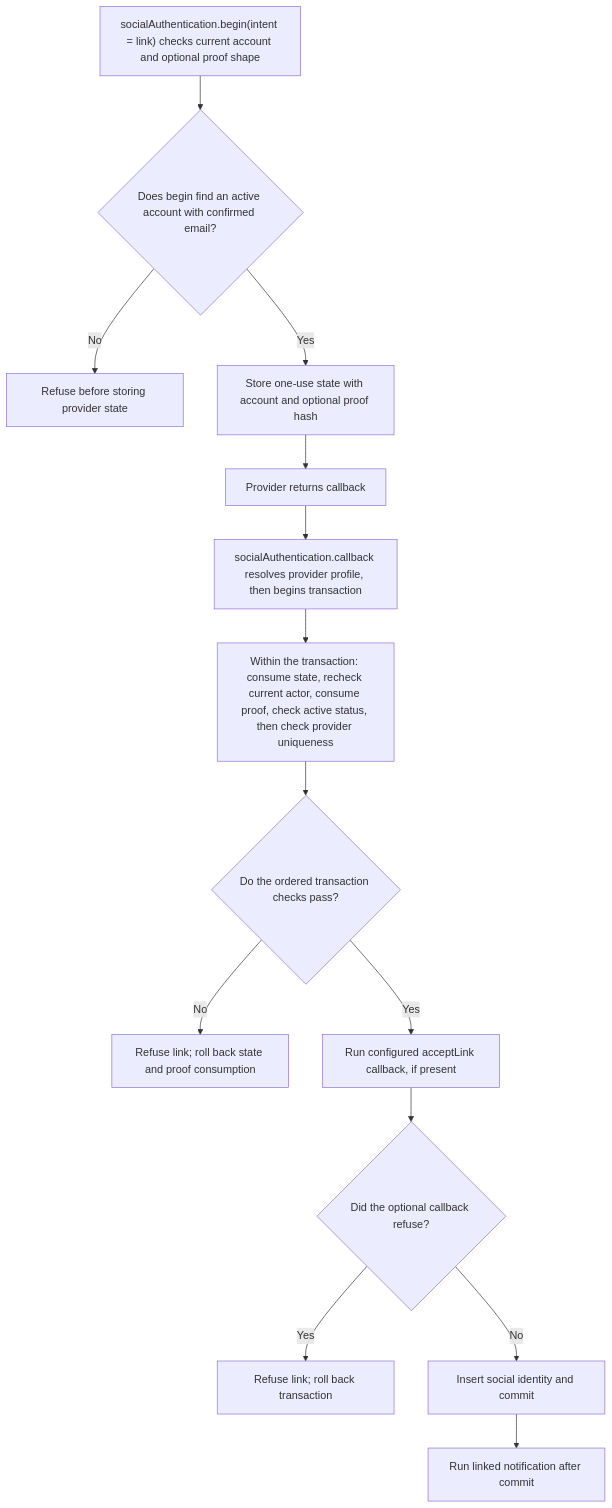
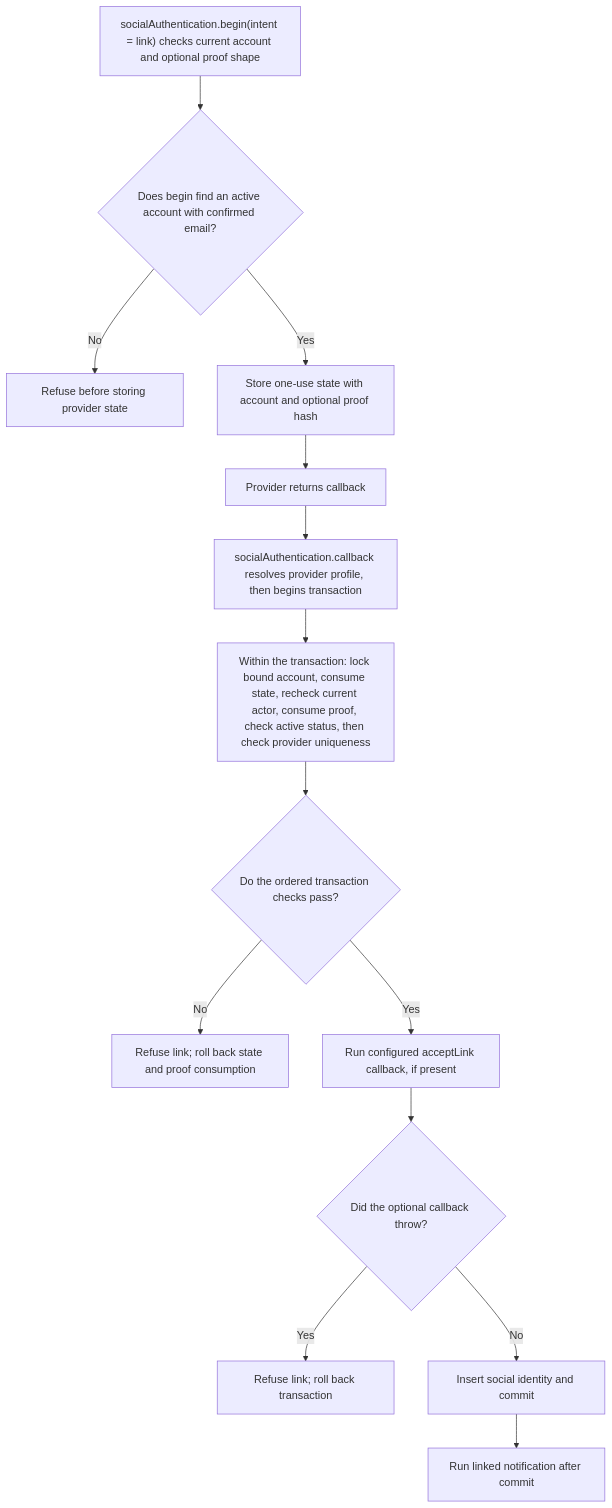
One commit to Kevinjohn/oss-adonisjs-account-kit changed the second of 2 diagrams in user-stories/US-ACCOUNT-21-link-social-identity.md. Above: the diagram before and after it, drawn with Mermaid. The commit also changed other lines of this file and 43 other files, not shown here.

````diff
--- a/user-stories/US-ACCOUNT-21-link-social-identity.md
+++ b/user-stories/US-ACCOUNT-21-link-social-identity.md
@@ -36,16 +36,16 @@
 ```mermaid
 flowchart TD
  A["socialAuthentication.begin(intent = link) checks current account and optional proof shape"] --> B{"Does begin find an active account with confirmed email?"}
  B -->|No| C["Refuse before storing provider state"]
  B -->|Yes| D["Store one-use state with account and optional proof hash"]
  D --> E["Provider returns callback"]
  E --> F["socialAuthentication.callback resolves provider profile, then begins transaction"]
- F --> G["Within the transaction: consume state, recheck current actor, consume proof, check active status, then check provider uniqueness"]
+ F --> G["Within the transaction: lock bound account, consume state, recheck current actor, consume proof, check active status, then check provider uniqueness"]
  G --> H{"Do the ordered transaction checks pass?"}
  H -->|No| I["Refuse link; roll back state and proof consumption"]
  H -->|Yes| J["Run configured acceptLink callback, if present"]
- J --> K{"Did the optional callback refuse?"}
+ J --> K{"Did the optional callback throw?"}
  K -->|Yes| L["Refuse link; roll back transaction"]
  K -->|No| M["Insert social identity and commit"]
  M --> N["Run linked notification after commit"]
 ```
````
